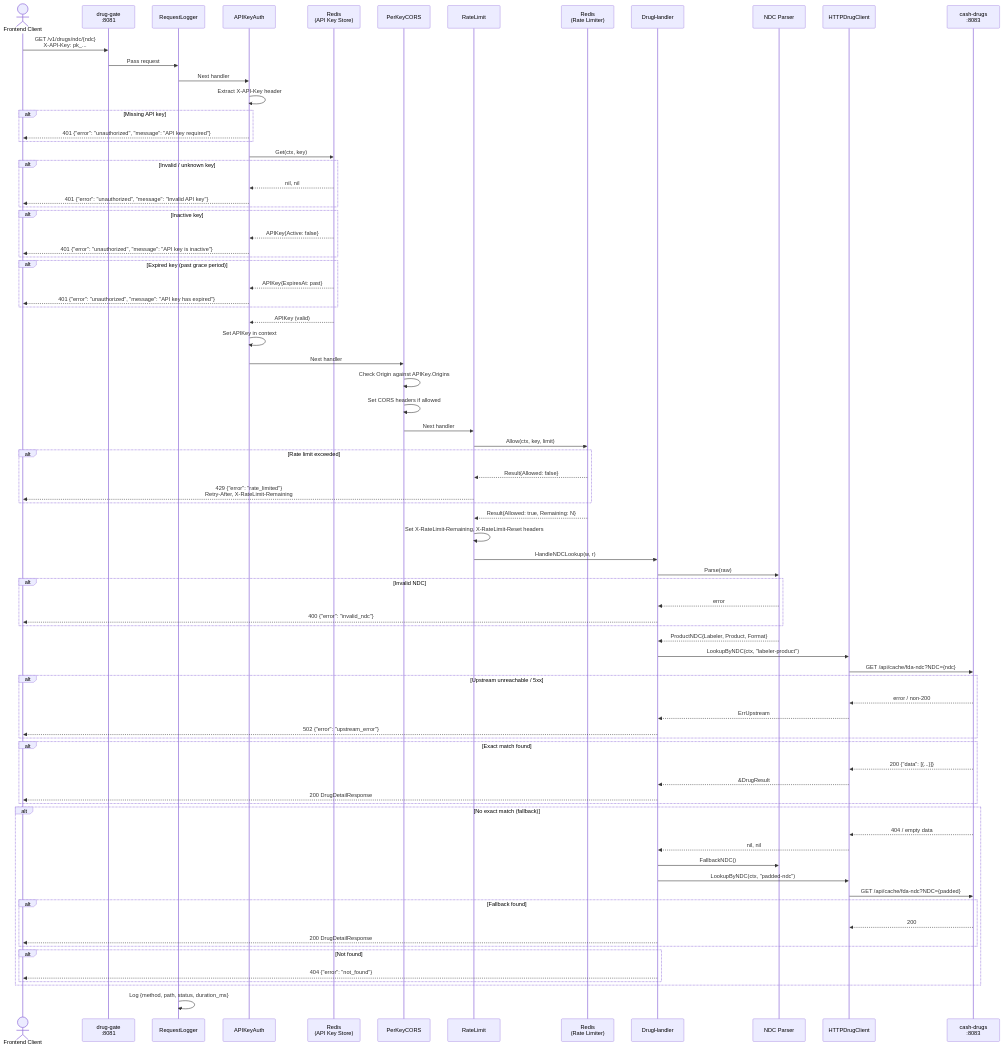
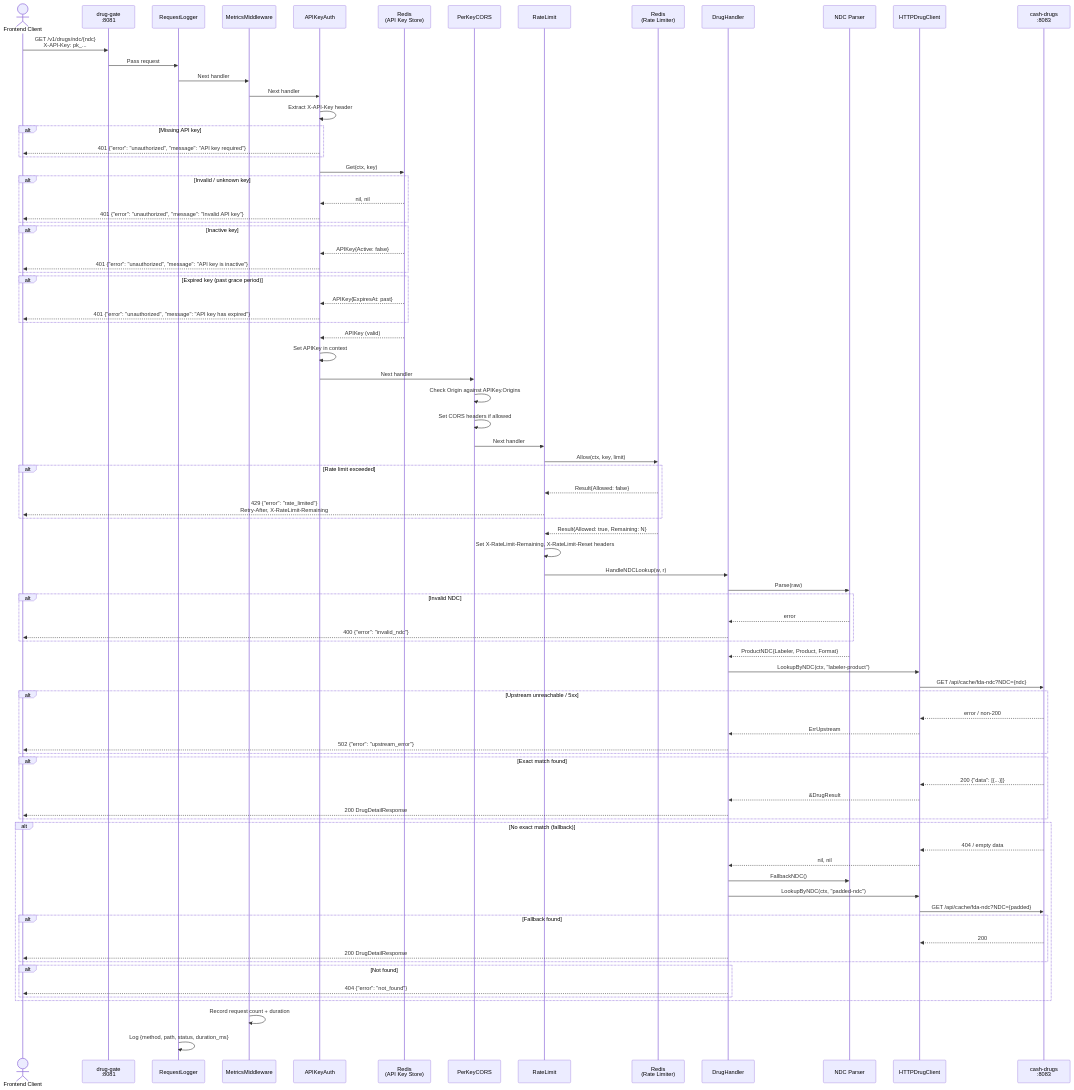
The fifth of 12 diagrams in docs/sequence-diagram.md (finish06/drug-gate), drawn with Mermaid before and after one commit. The commit also changed other lines of this file and 2 other files, not shown here.

First line of the commit message:
docs: update sequence diagrams, CLAUDE.md, and PRD for metrics

````diff
--- a/docs/sequence-diagram.md
+++ b/docs/sequence-diagram.md
@@ -43,6 +140,7 @@
     actor Client as Frontend Client
     participant GW as drug-gate<br/>:8081
     participant LOG as RequestLogger
+    participant MET as MetricsMiddleware
     participant AUTH as APIKeyAuth
     participant RDS as Redis<br/>(API Key Store)
     participant CORS as PerKeyCORS
@@ -55,7 +153,8 @@
 
     Client->>GW: GET /v1/drugs/ndc/{ndc}<br/>X-API-Key: pk_...
     GW->>LOG: Pass request
-    LOG->>AUTH: Next handler
+    LOG->>MET: Next handler
+    MET->>AUTH: Next handler
 
     AUTH->>AUTH: Extract X-API-Key header
 
@@ -140,5 +239,6 @@
         end
     end
 
+    MET->>MET: Record request count + duration
     LOG->>LOG: Log {method, path, status, duration_ms}
 ```
````
